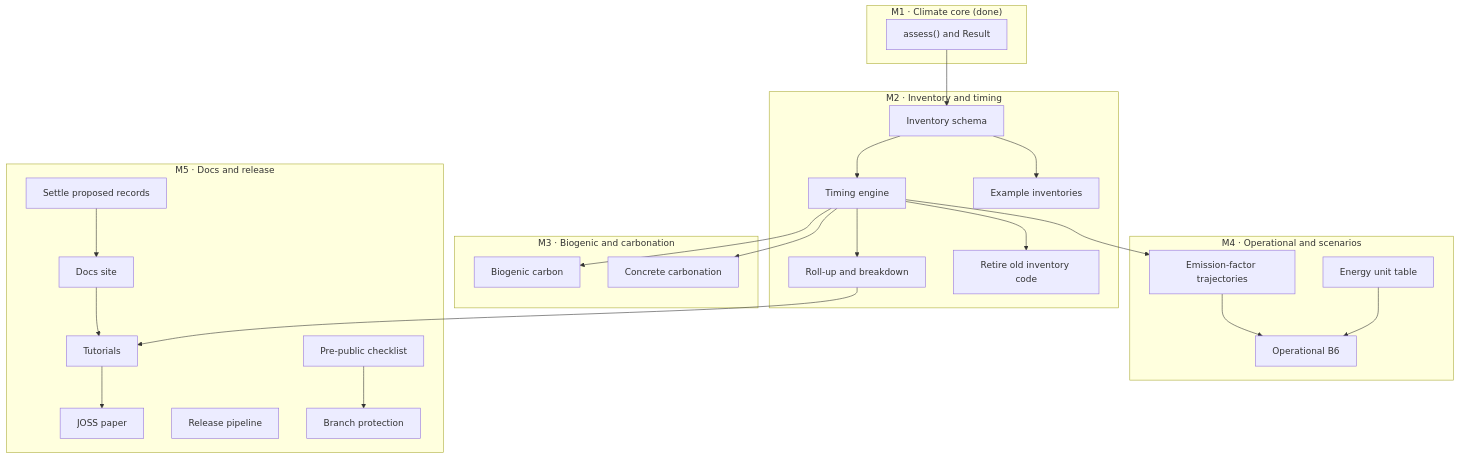
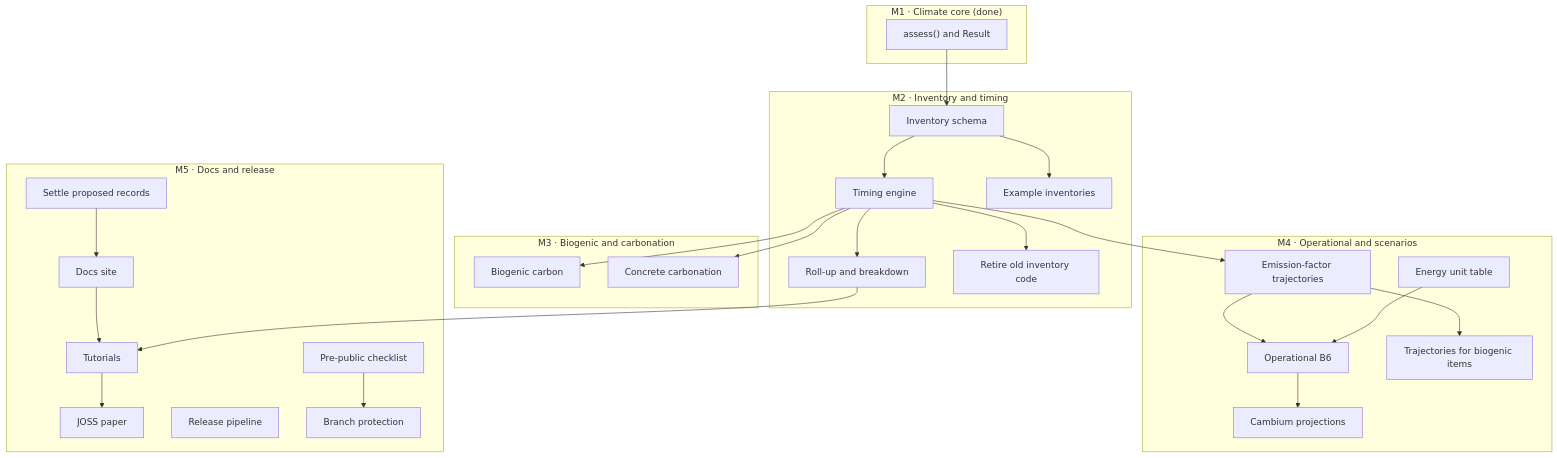
The diagram in docs/roadmap.md (jayarehart/DLCA), drawn with Mermaid before and after one commit. The commit also changed other lines of this file and 2 other files, not shown here.

````diff
--- a/docs/roadmap.md
+++ b/docs/roadmap.md
@@ -83,32 +83,34 @@
 ```mermaid
 flowchart TB
   subgraph M1["M1 · Climate core (done)"]
     A["assess() and Result"]
   end
   subgraph M2["M2 · Inventory and timing"]
     S["Inventory schema"] --> T["Timing engine"]
     T --> G["Roll-up and breakdown"]
     S --> X["Example inventories"]
     T --> RT["Retire old inventory code"]
   end
   subgraph M3["M3 · Biogenic and carbonation"]
     B["Biogenic carbon"]
     C["Concrete carbonation"]
   end
   subgraph M4["M4 · Operational and scenarios"]
     E["Emission-factor trajectories"] --> O["Operational B6"]
     U["Energy unit table"] --> O
+    O --> CB["Cambium projections"]
+    E --> BT["Trajectories for biogenic items"]
   end
   subgraph M5["M5 · Docs and release"]
     AR["Settle proposed records"] --> D["Docs site"]
     D --> TU["Tutorials"]
     TU --> P["JOSS paper"]
     R["Release pipeline"]
     PP["Pre-public checklist"] --> BP["Branch protection"]
   end
   A --> S
   T --> B
   T --> C
   T --> E
   G --> TU
 ```
````
